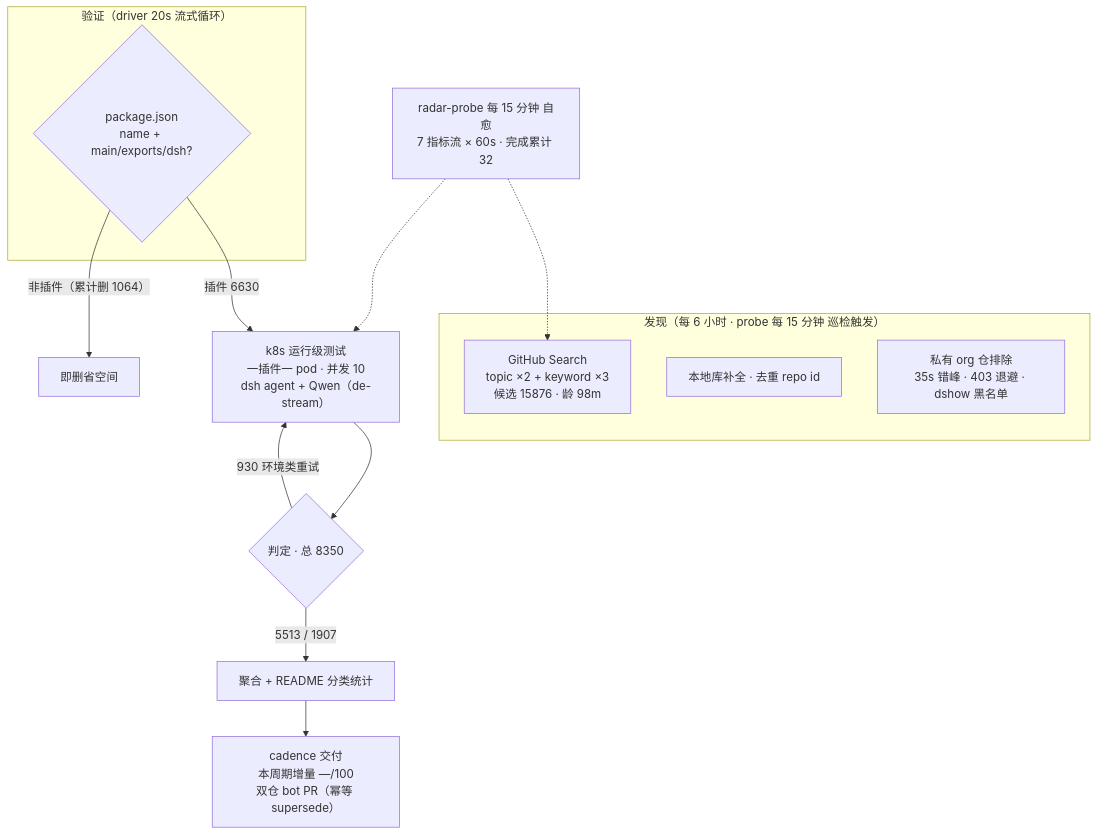
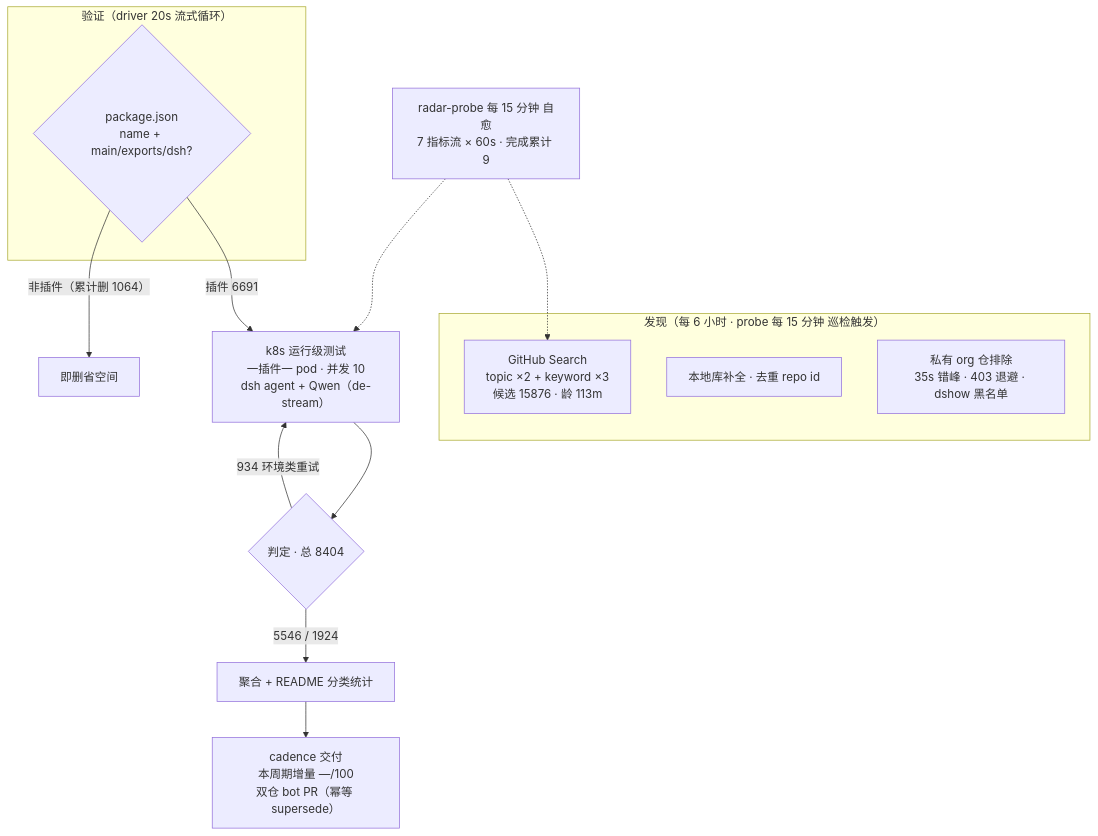
The diagram in README.md (Zhidao-Lab-OSS/awesome-dsh-plugins), drawn with Mermaid before and after one commit. The commit also changed other lines of this file and 1 other file, not shown here.

````diff
--- a/README.md
+++ b/README.md
@@ -37,20 +37,20 @@
 ```mermaid
 flowchart TB
     subgraph Discovery["发现（每 6 小时 · probe 每 15 分钟 巡检触发）"]
-        A1["GitHub Search<br/>topic ×2 + keyword ×3<br/>候选 15876 · 龄 98m"]
+        A1["GitHub Search<br/>topic ×2 + keyword ×3<br/>候选 15876 · 龄 113m"]
         A2["本地库补全 · 去重 repo id"]
         A3["私有 org 仓排除<br/>35s 错峰 · 403 退避 · dshow 黑名单"]
     end
     subgraph Validation["验证（driver 20s 流式循环）"]
         B1{"package.json<br/>name + main/exports/dsh?"}
     end
-    B1 -->|"插件 6630"| C1["k8s 运行级测试<br/>一插件一 pod · 并发 10<br/>dsh agent + Qwen（de-stream）"]
+    B1 -->|"插件 6691"| C1["k8s 运行级测试<br/>一插件一 pod · 并发 10<br/>dsh agent + Qwen（de-stream）"]
     B1 -->|"非插件（累计删 1064）"| B3["即删省空间"]
-    C1 --> D1{"判定 · 总 8350"}
-    D1 -->|"5513 / 1907"| E1["聚合 + README 分类统计"]
-    D1 -->|"930 环境类重试"| C1
+    C1 --> D1{"判定 · 总 8404"}
+    D1 -->|"5546 / 1924"| E1["聚合 + README 分类统计"]
+    D1 -->|"934 环境类重试"| C1
     E1 --> E2["cadence 交付<br/>本周期增量 —/100<br/>双仓 bot PR（幂等 supersede）"]
-    M["radar-probe 每 15 分钟 自愈<br/>7 指标流 × 60s · 完成累计 32"]
+    M["radar-probe 每 15 分钟 自愈<br/>7 指标流 × 60s · 完成累计 9"]
     M -.-> A1
     M -.-> C1
 ```
````
